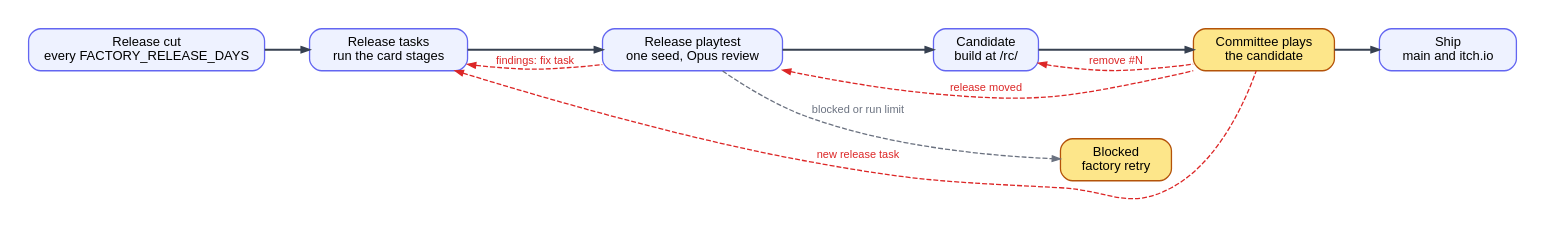
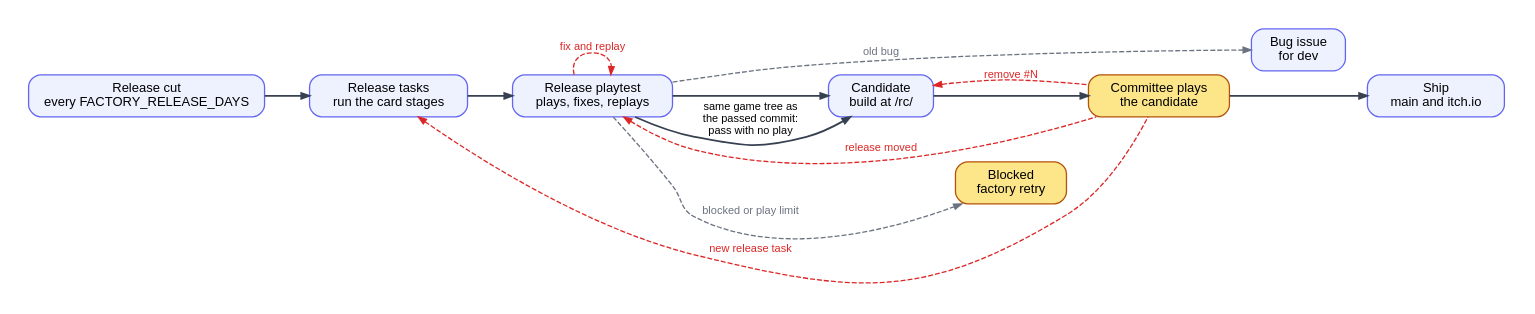
The diagram in factory/docs/diagrams/release.dot (btseytlin/road-machiners), drawn with Graphviz before and after one commit. The commit also changed 770 other files, not shown here.

Commit message:
Merge base into factory/issue-358 and resolve haul rebalance conflicts

```diff
--- a/factory/docs/diagrams/release.dot
+++ b/factory/docs/diagrams/release.dot
@@ -1,17 +1,20 @@
 // Release. Black: normal path. Red: loops back. Grey: stops the flow. Yellow: waits for people.
 digraph release {
   rankdir=LR; nodesep=0.3; ranksep=0.6; bgcolor=white; pad=0.3;
   node [shape=box, style="rounded,filled", fillcolor="#eef2ff", color="#6366f1", fontname="Helvetica", fontsize=13, margin="0.2,0.1", penwidth=1.3, width=1.3];
   edge [color="#374151", penwidth=1.8, arrowsize=0.8, fontname="Helvetica", fontsize=11];
-  C [label="Release cut\nevery FACTORY_RELEASE_DAYS"]; T [label="Release tasks\nrun the card stages"]; G [label="Release playtest\none seed, Opus review"]; B [label="Candidate\nbuild at /rc/"];
+  C [label="Release cut\nevery FACTORY_RELEASE_DAYS"]; T [label="Release tasks\nrun the card stages"]; G [label="Release playtest\nplays, fixes, replays"]; B [label="Candidate\nbuild at /rc/"];
   P [label="Committee plays\nthe candidate", fillcolor="#fde68a", color="#b45309"]; S [label="Ship\nmain and itch.io"];
-  BL [label="Blocked\nfactory retry", fillcolor="#fde68a", color="#b45309"];
+  BL [label="Blocked\nfactory retry", fillcolor="#fde68a", color="#b45309"]; D [label="Bug issue\nfor dev"];
   C -> T -> G -> B -> P -> S [weight=100];
+  G -> B [label="same game tree as\nthe passed commit:\npass with no play", weight=0];
   edge [color="#dc2626", fontcolor="#dc2626", style=dashed, penwidth=1.3, dir=back, weight=0];
   T -> P [label="new release task"];
   B -> P [label="remove #N"];
-  T -> G [label="findings: fix task"];
   G -> P [label="release moved"];
+  edge [color="#dc2626", fontcolor="#dc2626", style=dashed, penwidth=1.3, dir=forward, weight=0];
+  G -> G [label="fix and replay"];
   edge [color="#6b7280", fontcolor="#6b7280", style=dashed, penwidth=1.3, dir=forward, weight=0];
-  G -> BL [label="blocked or run limit"];
+  G -> BL [label="blocked or play limit"];
+  G -> D [label="old bug"];
 }
```
